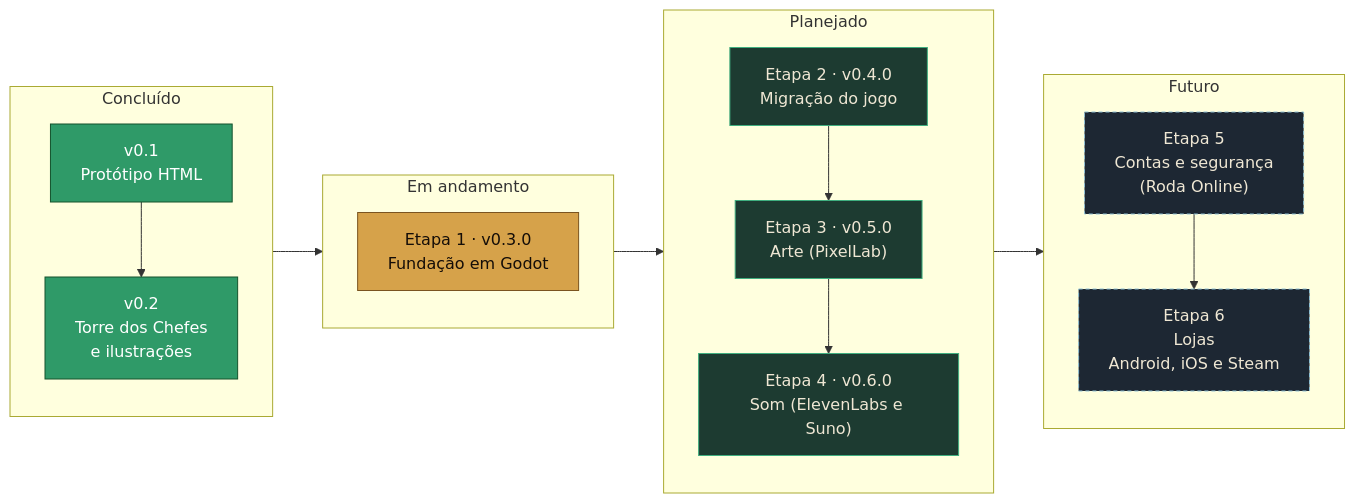
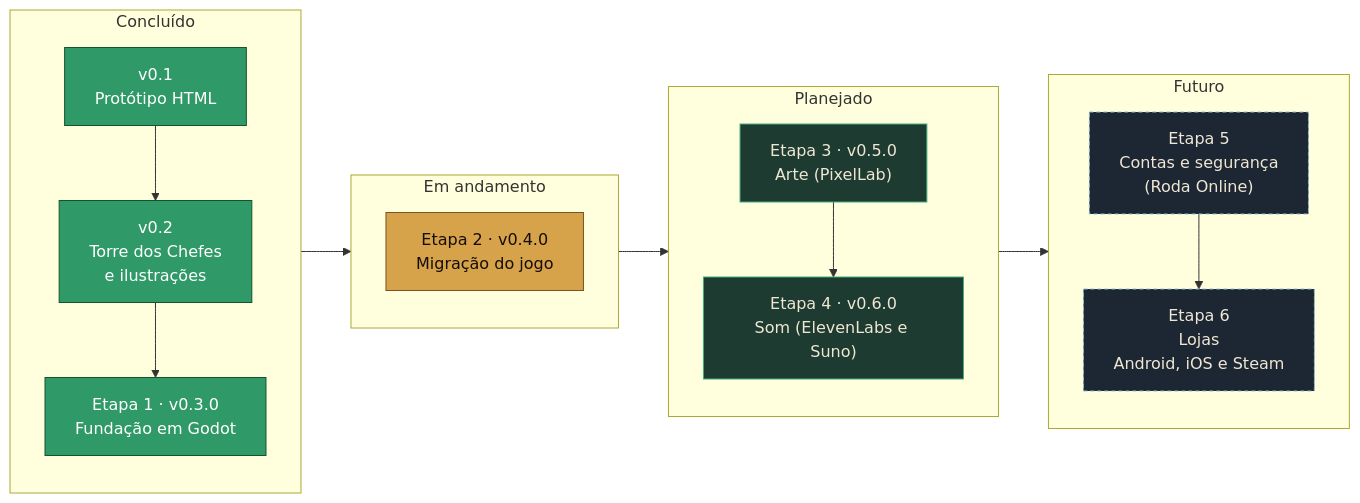
Before and after one commit to AlexGamesProjects/Guardi-es-do-Folclore: the diagram in docs/ROADMAP.md, drawn with Mermaid. The commit also changed other lines of this file and 3 other files, not shown here.

First line of the commit message:
Fecha a v0.3.0, Fundação em Godot

````diff
--- a/docs/ROADMAP.md
+++ b/docs/ROADMAP.md
@@ -7,30 +7,30 @@
 ```mermaid
 flowchart LR
     subgraph F["Concluído"]
         direction TB
         v01["v0.1<br/>Protótipo HTML"]:::feito
         v02["v0.2<br/>Torre dos Chefes<br/>e ilustrações"]:::feito
+        e1["Etapa 1 · v0.3.0<br/>Fundação em Godot"]:::feito
     end
     subgraph A["Em andamento"]
         direction TB
-        e1["Etapa 1 · v0.3.0<br/>Fundação em Godot"]:::andamento
+        e2["Etapa 2 · v0.4.0<br/>Migração do jogo"]:::andamento
     end
     subgraph P["Planejado"]
         direction TB
-        e2["Etapa 2 · v0.4.0<br/>Migração do jogo"]:::planejado
         e3["Etapa 3 · v0.5.0<br/>Arte (PixelLab)"]:::planejado
         e4["Etapa 4 · v0.6.0<br/>Som (ElevenLabs e Suno)"]:::planejado
     end
     subgraph X["Futuro"]
         direction TB
         e5["Etapa 5<br/>Contas e segurança<br/>(Roda Online)"]:::futuro
         e6["Etapa 6<br/>Lojas<br/>Android, iOS e Steam"]:::futuro
     end
 
     v01 --> v02 --> e1 --> e2 --> e3 --> e4 --> e5 --> e6
 
     classDef feito fill:#2f9a68,stroke:#14532d,color:#ffffff
     classDef andamento fill:#d6a24a,stroke:#7a5420,color:#140d08
     classDef planejado fill:#1d3b31,stroke:#3fae7f,color:#efe7d4
     classDef futuro fill:#1d2733,stroke:#8fc0d4,color:#efe7d4,stroke-dasharray:4 3
 ```
````
